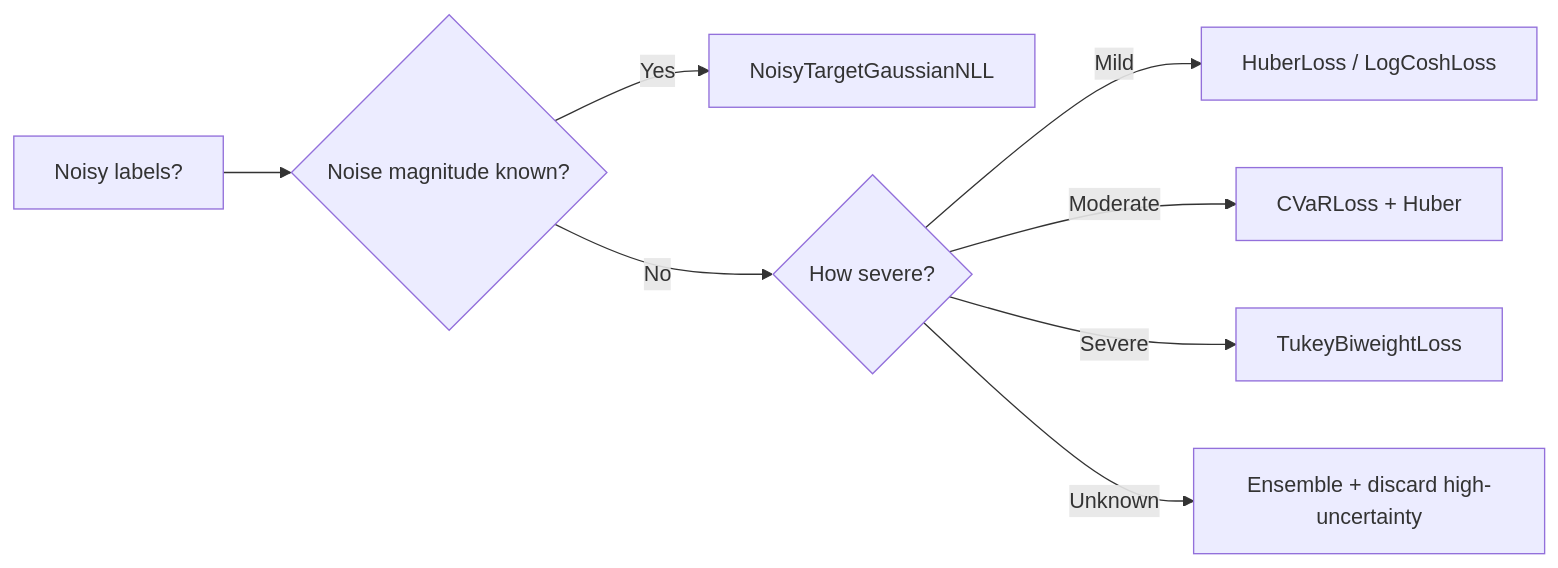
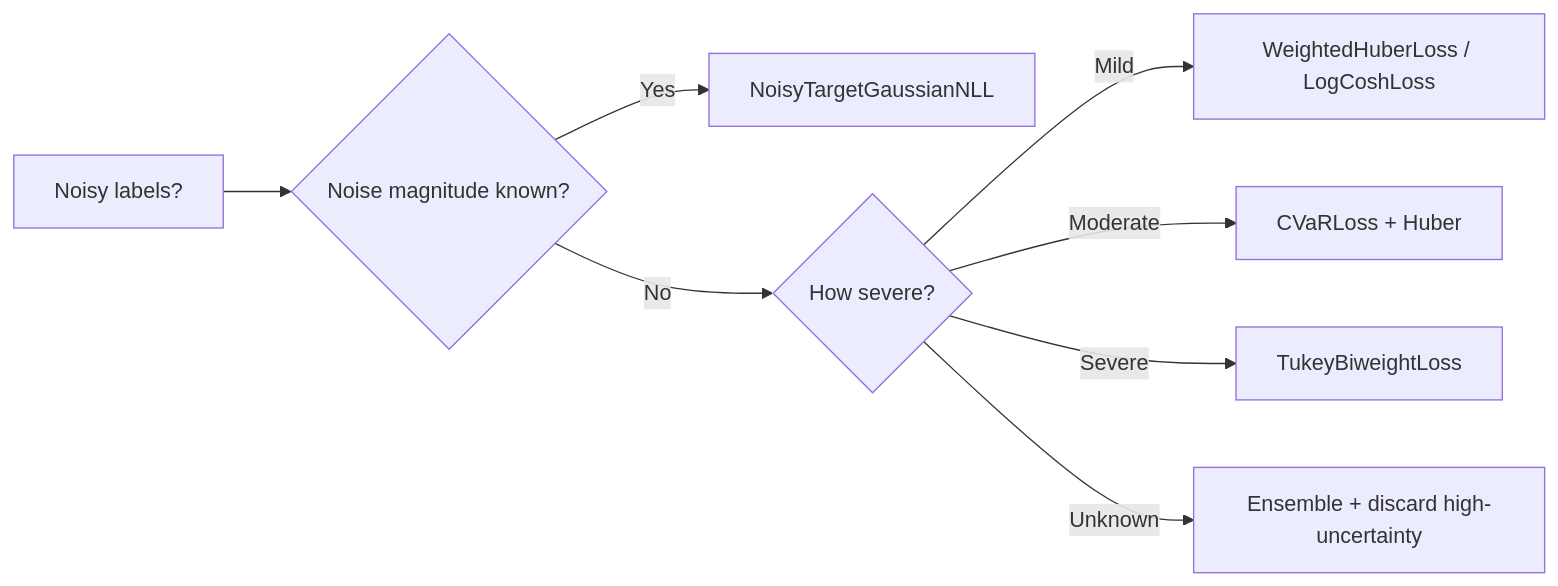
One commit to astroai/torchregress changed the diagram in docs/losses/noisy_labels.md. Above: the diagram before and after it, drawn with Mermaid. The commit also changed other lines of this file and 63 other files, not shown here.

Commit message:
refactor: clean up legacy compatibility wrappers, add external comparison examples, and exclude research roadmaps from guardrail checks

````diff
--- a/docs/losses/noisy_labels.md
+++ b/docs/losses/noisy_labels.md
@@ -89,10 +89,10 @@
 ```mermaid
 graph LR
     A["Noisy labels?"] --> B{"Noise magnitude known?"}
     B -->|Yes| C["NoisyTargetGaussianNLL"]
     B -->|No| D{"How severe?"}
-    D -->|Mild| E["HuberLoss / LogCoshLoss"]
+    D -->|Mild| E["WeightedHuberLoss / LogCoshLoss"]
     D -->|Moderate| F["CVaRLoss + Huber"]
     D -->|Severe| G["TukeyBiweightLoss"]
     D -->|Unknown| H["Ensemble + discard high-uncertainty"]
 ```
````
